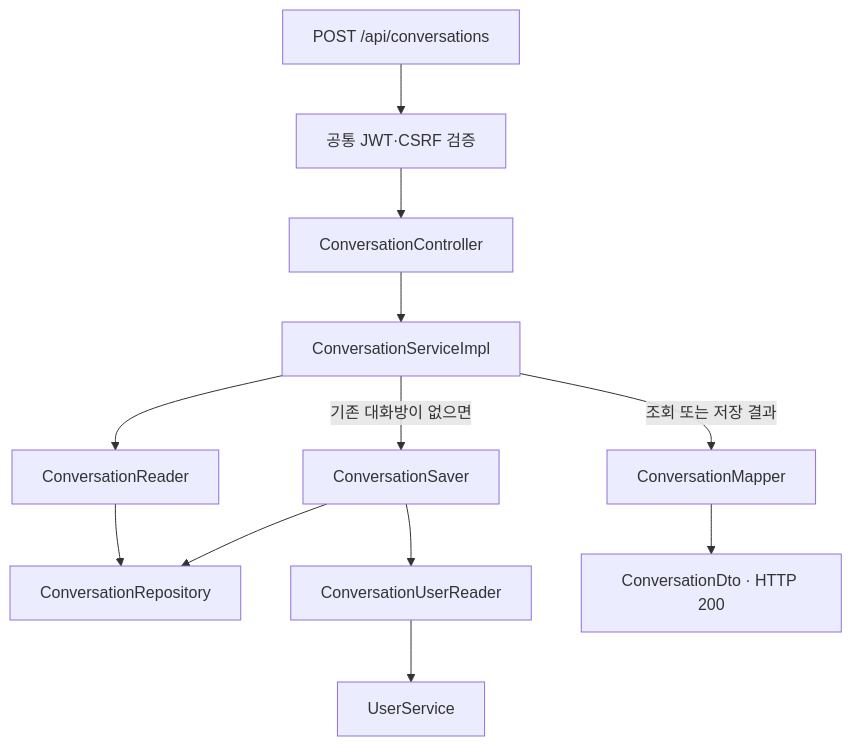
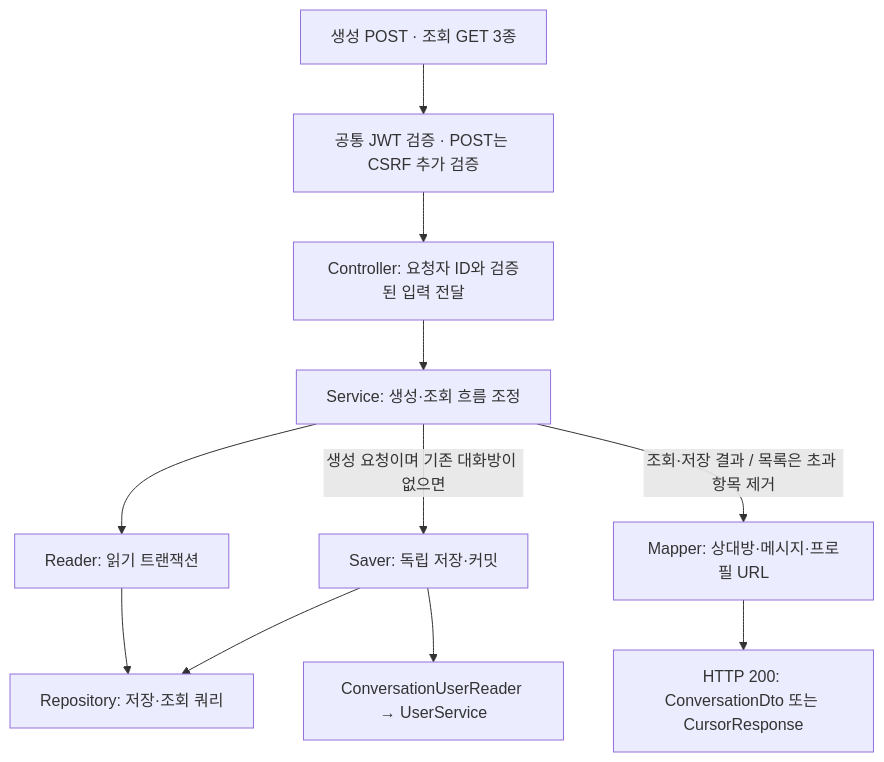
One commit to codeit-backend13-part4-team1/playlist_for_everyone changed the diagram in docs/conversation/README.md. Above: the diagram before and after it, drawn with Mermaid. The commit also changed other lines of this file and 31 other files, not shown here.

````diff
--- a/docs/conversation/README.md
+++ b/docs/conversation/README.md
@@ -19,14 +21,13 @@
 ```mermaid
 flowchart TD
-    H[POST /api/conversations] --> A[공통 JWT·CSRF 검증]
-    A --> C[ConversationController]
-    C --> S[ConversationServiceImpl]
-    S --> R[ConversationReader]
-    R --> P[ConversationRepository]
-    S -->|기존 대화방이 없으면| V[ConversationSaver]
+    H["생성 POST · 조회 GET 3종"] --> A["공통 JWT 검증 · POST는 CSRF 추가 검증"]
+    A --> C["Controller: 요청자 ID와 검증된 입력 전달"]
+    C --> S["Service: 생성·조회 흐름 조정"]
+    S --> R["Reader: 읽기 트랜잭션"]
+    R --> P["Repository: 저장·조회 쿼리"]
+    S -->|"생성 요청이며 기존 대화방이 없으면"| V["Saver: 독립 저장·커밋"]
+    V --> U["ConversationUserReader → UserService"]
     V --> P
-    V --> U[ConversationUserReader]
-    U --> US[UserService]
-    S -->|조회 또는 저장 결과| M[ConversationMapper]
-    M --> D[ConversationDto · HTTP 200]
+    S -->|"조회·저장 결과 / 목록은 초과 항목 제거"| M["Mapper: 상대방·메시지·프로필 URL"]
+    M --> D["HTTP 200: ConversationDto 또는 CursorResponse"]
 ```
````
